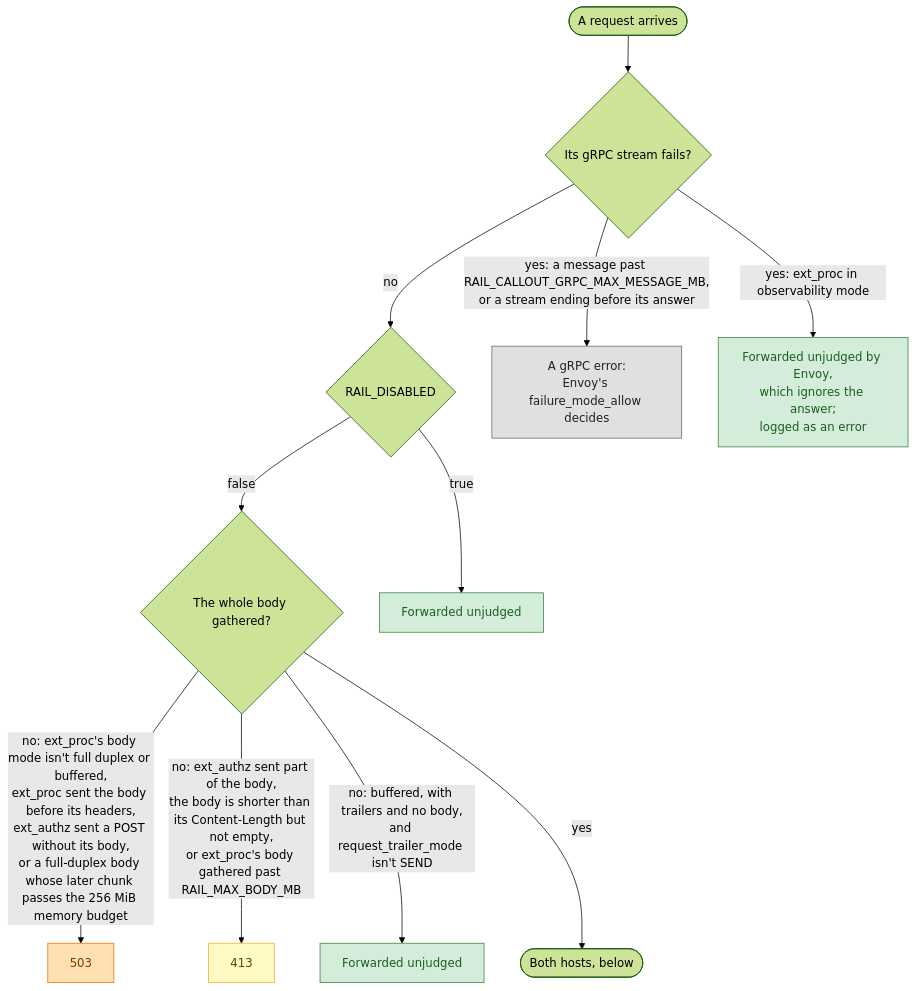
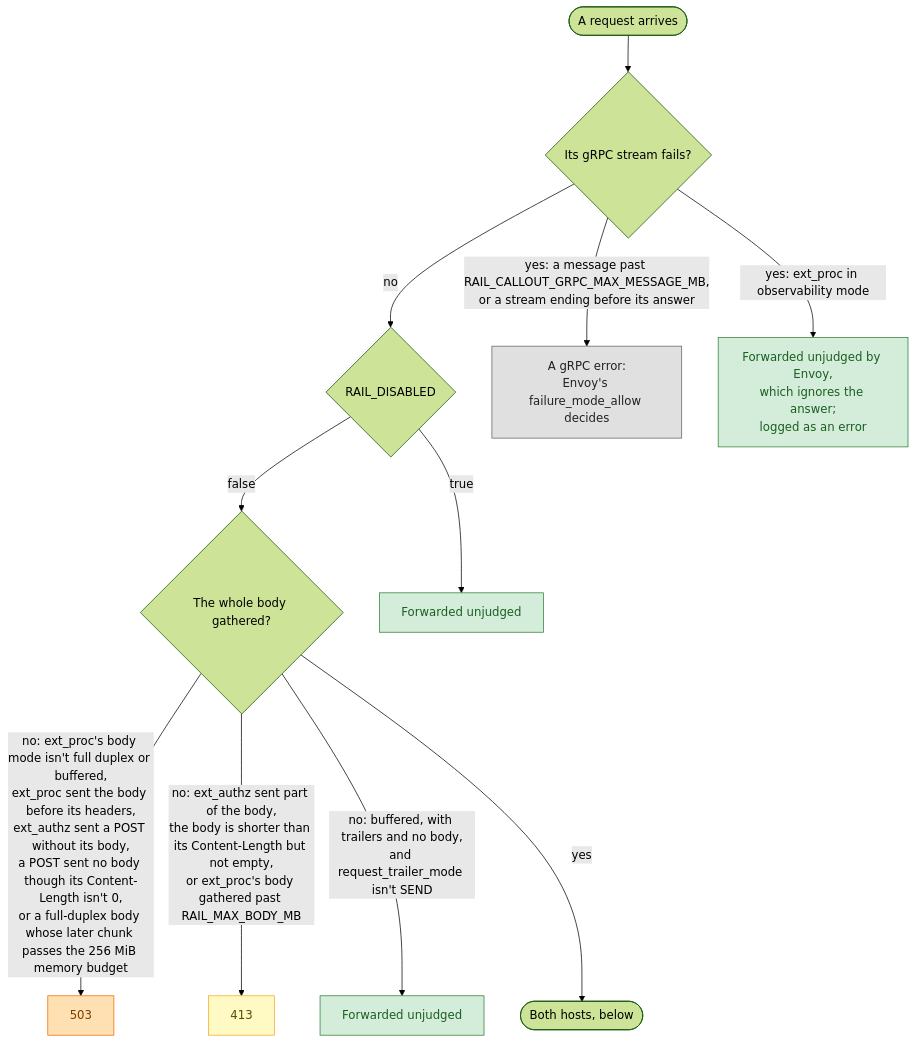
One commit to datrail/railguard changed the first of 4 diagrams in GATEWAY.md. Above: the diagram before and after it, drawn with Mermaid (forest theme). The commit also changed 17 other files, not shown here.

````diff
--- a/GATEWAY.md
+++ b/GATEWAY.md
@@ -12,31 +12,31 @@
 ```mermaid
 flowchart TD
   arrive([A request arrives])
   grpc{"Its gRPC stream fails?"}
   disabled{RAIL_DISABLED}
   whole{"The whole body gathered?"}
   both([Both hosts, below])
   e1["A gRPC error:<br>Envoy's failure_mode_allow decides"]:::grpcError
   e2["Forwarded unjudged by Envoy,<br>which ignores the answer;<br>logged as an error"]:::forwarded
   f1[Forwarded unjudged]:::forwarded
   f2[Forwarded unjudged]:::forwarded
   r1[503]:::cannotApply
   r2[413]:::tooLarge
 
   arrive --> grpc
   grpc -->|"yes: a message past RAIL_CALLOUT_GRPC_MAX_MESSAGE_MB,<br>or a stream ending before its answer"| e1
   grpc -->|"yes: ext_proc in observability mode"| e2
   grpc -->|no| disabled
   disabled -->|true| f1
   disabled -->|false| whole
-  whole -->|"no: ext_proc's body mode isn't full duplex or buffered,<br>ext_proc sent the body before its headers,<br>ext_authz sent a POST without its body,<br>or a full-duplex body whose later chunk passes the 256 MiB memory budget"| r1
+  whole -->|"no: ext_proc's body mode isn't full duplex or buffered,<br>ext_proc sent the body before its headers,<br>ext_authz sent a POST without its body,<br>a POST sent no body though its Content-Length isn't 0,<br>or a full-duplex body whose later chunk passes the 256 MiB memory budget"| r1
   whole -->|"no: ext_authz sent part of the body,<br>the body is shorter than its Content-Length but not empty,<br>or ext_proc's body gathered past RAIL_MAX_BODY_MB"| r2
   whole -->|"no: buffered, with trailers and no body,<br>and request_trailer_mode isn't SEND"| f2
   whole -->|yes| both
 
   classDef forwarded fill:#d4edda,stroke:#2e7d32,color:#1b5e20
   classDef denied fill:#f8d7da,stroke:#c62828,color:#7f0000
   classDef cannotApply fill:#ffe0b2,stroke:#ef6c00,color:#7a3e00
   classDef tooLarge fill:#fff9c4,stroke:#f9a825,color:#5d4a00
   classDef grpcError fill:#e0e0e0,stroke:#616161,color:#212121
 ```
````
